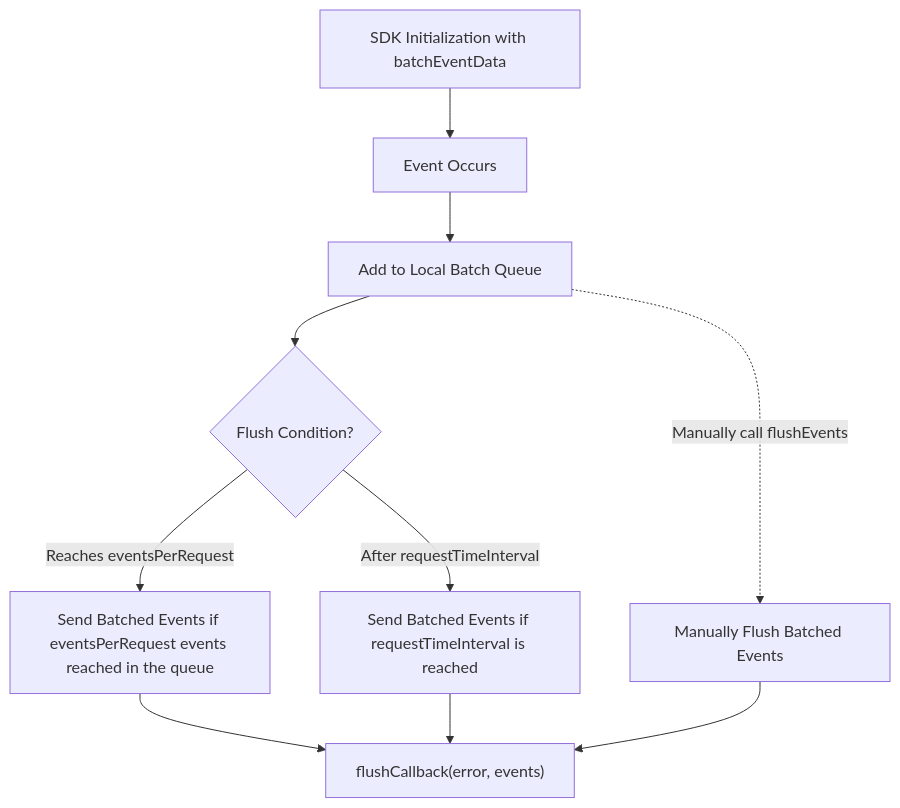
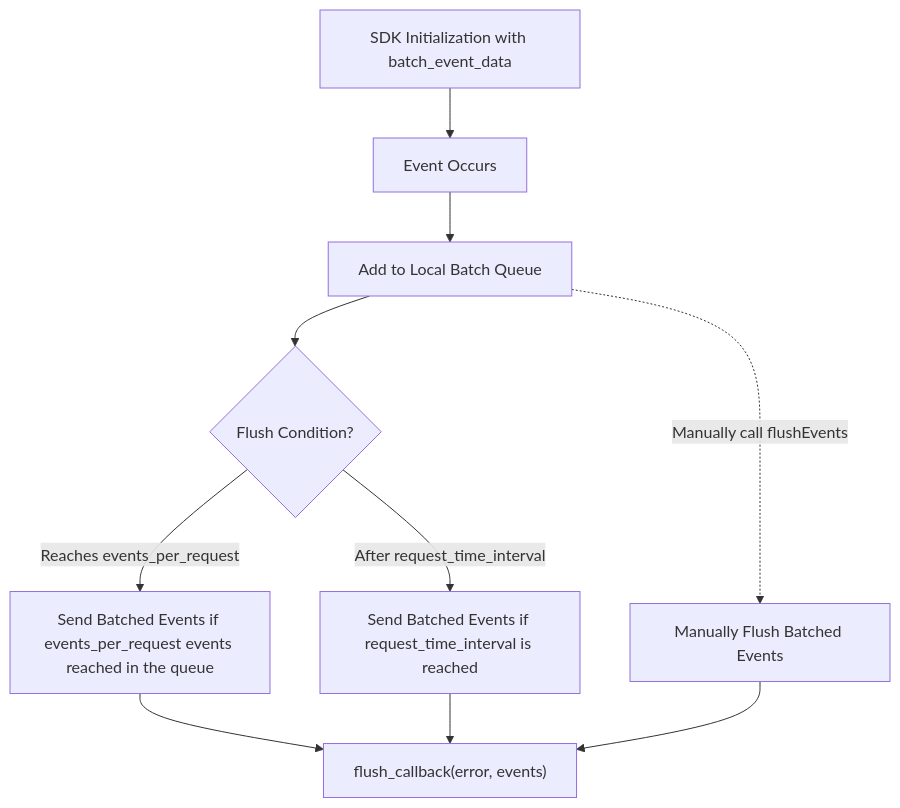
One commit to wingify/readme-central changed the diagram in docs/SDK Reference/server-side-sdks/fme-python/fme-python-event-batching.md. Above: the diagram before and after it, drawn with Mermaid. The commit also changed other lines of this file, not shown here.

Commit message:
Update doc `fme-python-event-batching`

````diff
--- a/docs/SDK Reference/server-side-sdks/fme-python/fme-python-event-batching.md
+++ b/docs/SDK Reference/server-side-sdks/fme-python/fme-python-event-batching.md
@@ -212,26 +197,26 @@
 ```mermaid
 flowchart TD
-    A["SDK Initialization with batchEventData"] --> B["Event Occurs"]
+    A["SDK Initialization with batch_event_data"] --> B["Event Occurs"]
     B --> C["Add to Local Batch Queue"]
 
     %% Automatic Flushing triggers
     C --> D1{"Flush Condition?"}
-    D1 -->|"Reaches eventsPerRequest"| E1["Send Batched Events if eventsPerRequest events reached in the queue"]
-    D1 -->|"After requestTimeInterval"| E2["Send Batched Events if requestTimeInterval is reached"]
+    D1 -->|"Reaches events_per_request"| E1["Send Batched Events if events_per_request events reached in the queue"]
+    D1 -->|"After request_time_interval"| E2["Send Batched Events if request_time_interval is reached"]
 
     %% Manual Flush
     C -.->|"Manually call flushEvents"| E3["Manually Flush Batched Events"]
 
     %% All flushes trigger callback
-    E1 --> X["flushCallback(error, events)"]
+    E1 --> X["flush_callback(error, events)"]
     E2 --> X
     E3 --> X
 
     %% Assign classes
     class A,B,C,D1,E1,E2,E3 step;
     class X callback;
 
 		%% Define styles
     classDef check fill:#bbf,stroke:#333,stroke-width:1px,color:#000
 
 ```
````
